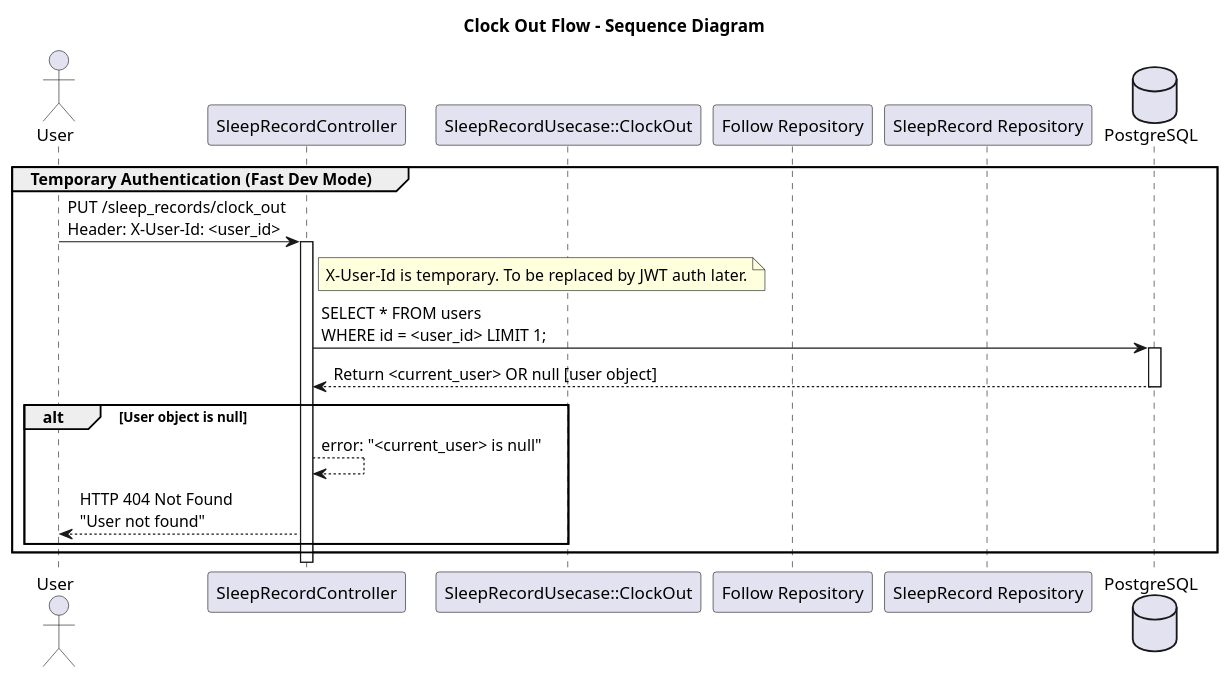
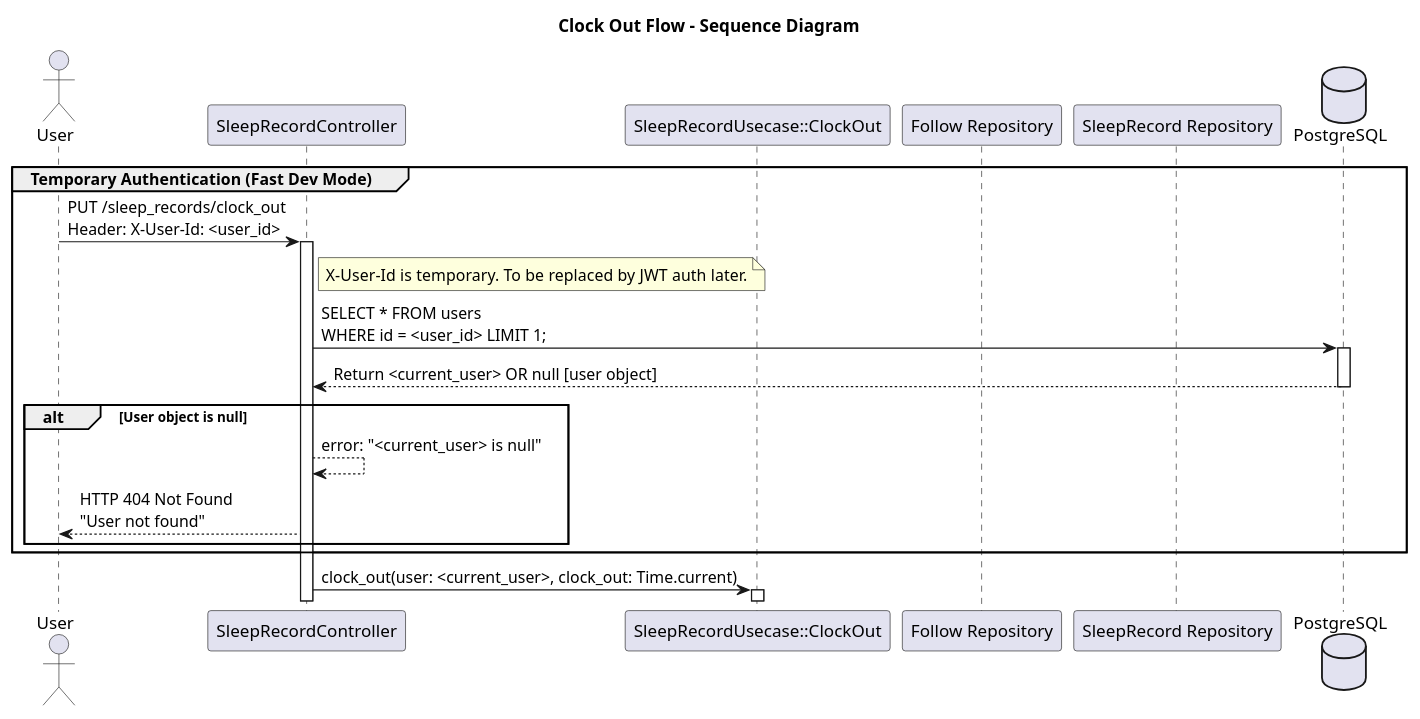
One commit to wisnuaga/good-night changed the diagram in docs/diagram/ClockOutFlow.plantuml. Above: the diagram before and after it, drawn with PlantUML.

Commit message:
clock-out: add usecase called

```diff
--- a/docs/diagram/ClockOutFlow.plantuml
+++ b/docs/diagram/ClockOutFlow.plantuml
@@ -1,32 +1,35 @@
 @startuml ClockOutFlow
 title Clock Out Flow - Sequence Diagram
 
 ' Define actors and components
 actor User
 participant "SleepRecordController" as Controller
 participant "SleepRecordUsecase::ClockOut" as Usecase
 participant "Follow Repository" as FollowRepository
 participant "SleepRecord Repository" as SleepRecordRepository
 database "PostgreSQL" as DB
 
 ' Temporary auth via X-User-Id header (for fast development, to be replaced later)
 group Temporary Authentication (Fast Dev Mode)
     User -> Controller: PUT /sleep_records/clock_out\nHeader: X-User-Id: <user_id>
     activate Controller
 
     note right of Controller
       X-User-Id is temporary. To be replaced by JWT auth later.
     end note
 
     Controller -> DB: SELECT * FROM users\nWHERE id = <user_id> LIMIT 1;
     activate DB
     DB --> Controller: Return <current_user> OR null [user object]
     deactivate DB
 
     alt User object is null
         Controller --> Controller: error: "<current_user> is null"
         Controller --> User: HTTP 404 Not Found\n"User not found"
     end
 end group
 
+Controller -> Usecase: clock_out(user: <current_user>, clock_out: Time.current)
+activate Usecase
+
 @enduml
```
